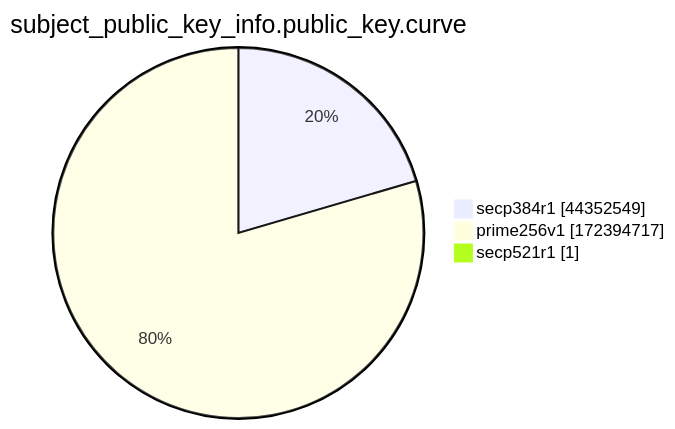
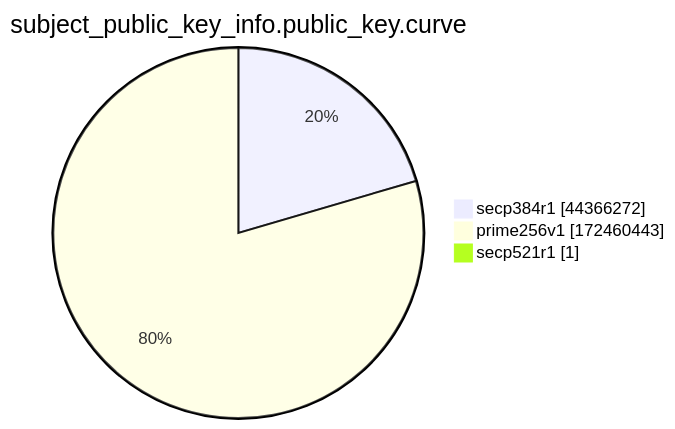
Before and after one commit to christiankrug/ctmonitor_visualization: the ninth of 15 diagrams in xenon2022/README.md, drawn with Mermaid. The commit also changed other lines of this file, not shown here.

````diff
--- a/xenon2022/README.md
+++ b/xenon2022/README.md
@@ -2871,7 +2871,7 @@
 ```mermaid
 pie showData
 title subject_public_key_info.public_key.curve
-"secp384r1" :44352549
-"prime256v1" :172394717
+"secp384r1" :44366272
+"prime256v1" :172460443
 "secp521r1" :1
 ```
````
